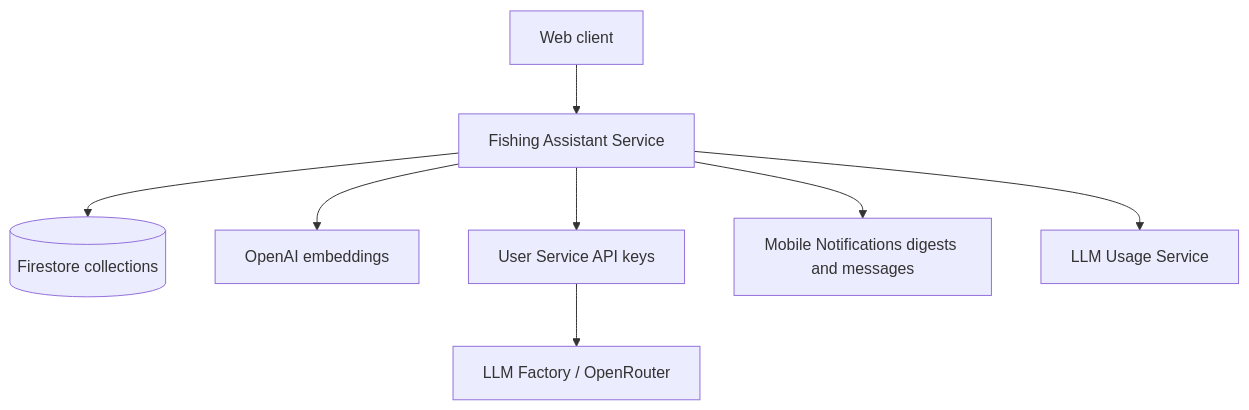
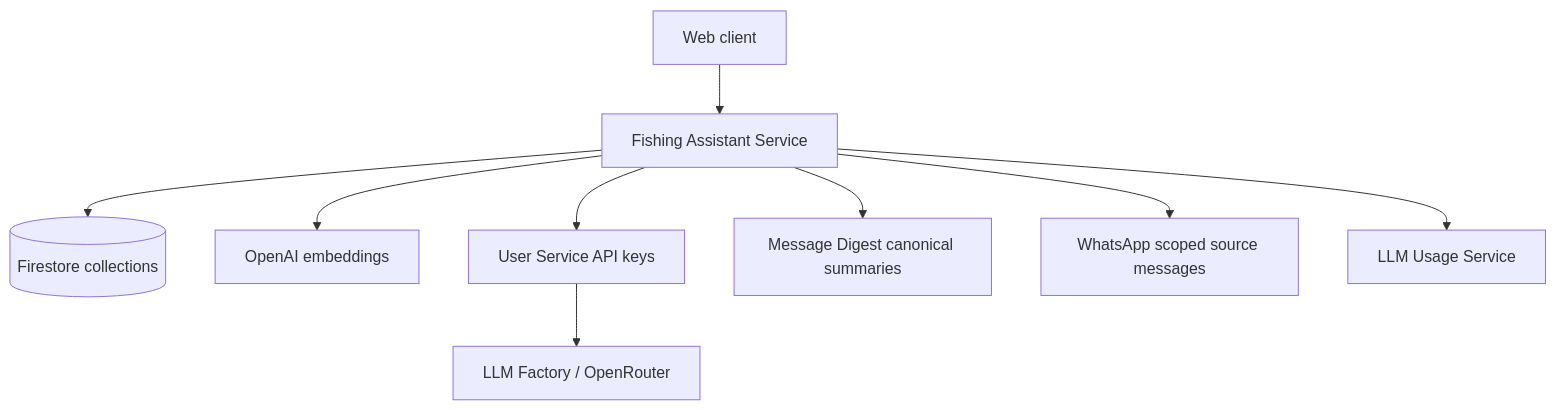
The diagram in docs/services/fishing-assistant-service/technical.md (pbuchman/intexuraos), drawn with Mermaid before and after one commit. The commit also changed other lines of this file and 494 other files, not shown here.

First line of the commit message:
feat: add WhatsApp message digests

````diff
--- a/docs/services/fishing-assistant-service/technical.md
+++ b/docs/services/fishing-assistant-service/technical.md
@@ -9,10 +9,11 @@
 ```mermaid
 graph TD
     Web[Web client] --> Service[Fishing Assistant Service]
     Service --> Firestore[(Firestore collections)]
     Service --> OpenAI[OpenAI embeddings]
     Service --> UserService[User Service API keys]
-    Service --> MobileNotifications[Mobile Notifications digests and messages]
+    Service --> MessageDigest[Message Digest canonical summaries]
+    Service --> WhatsApp[WhatsApp scoped source messages]
     Service --> LlmUsage[LLM Usage Service]
     UserService --> LlmFactory[LLM Factory / OpenRouter]
 ```
````
